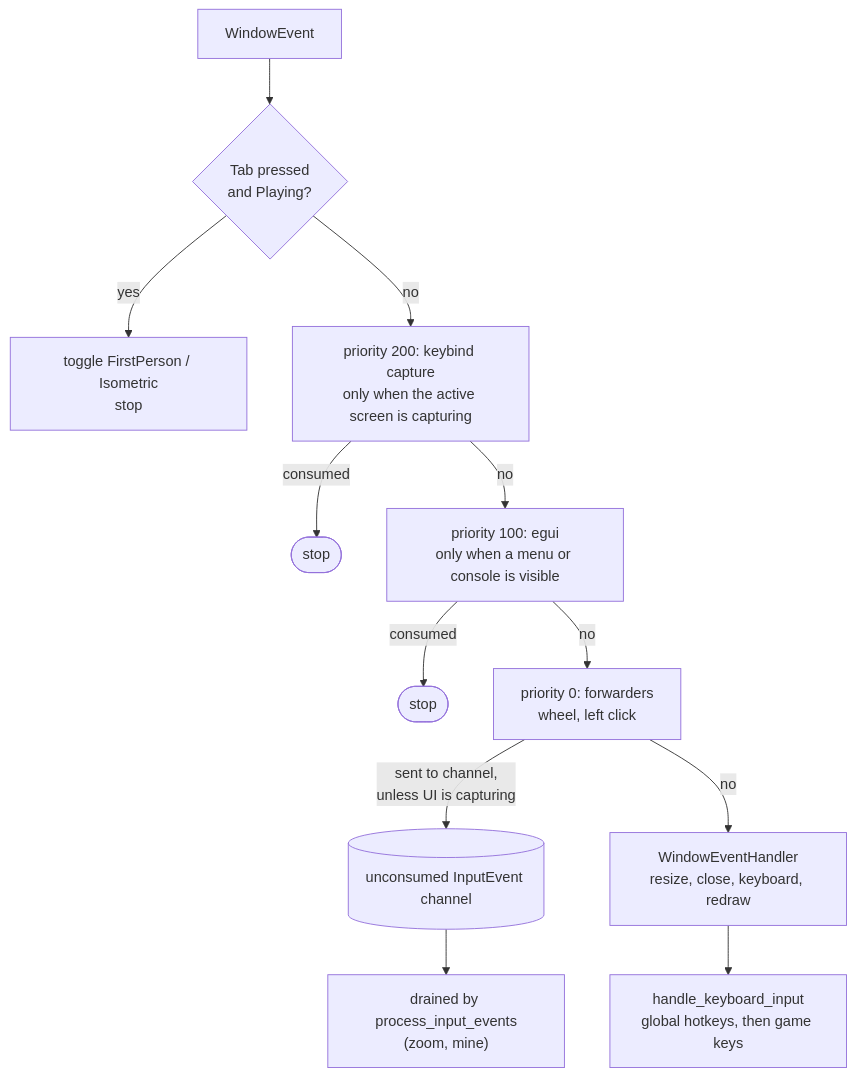
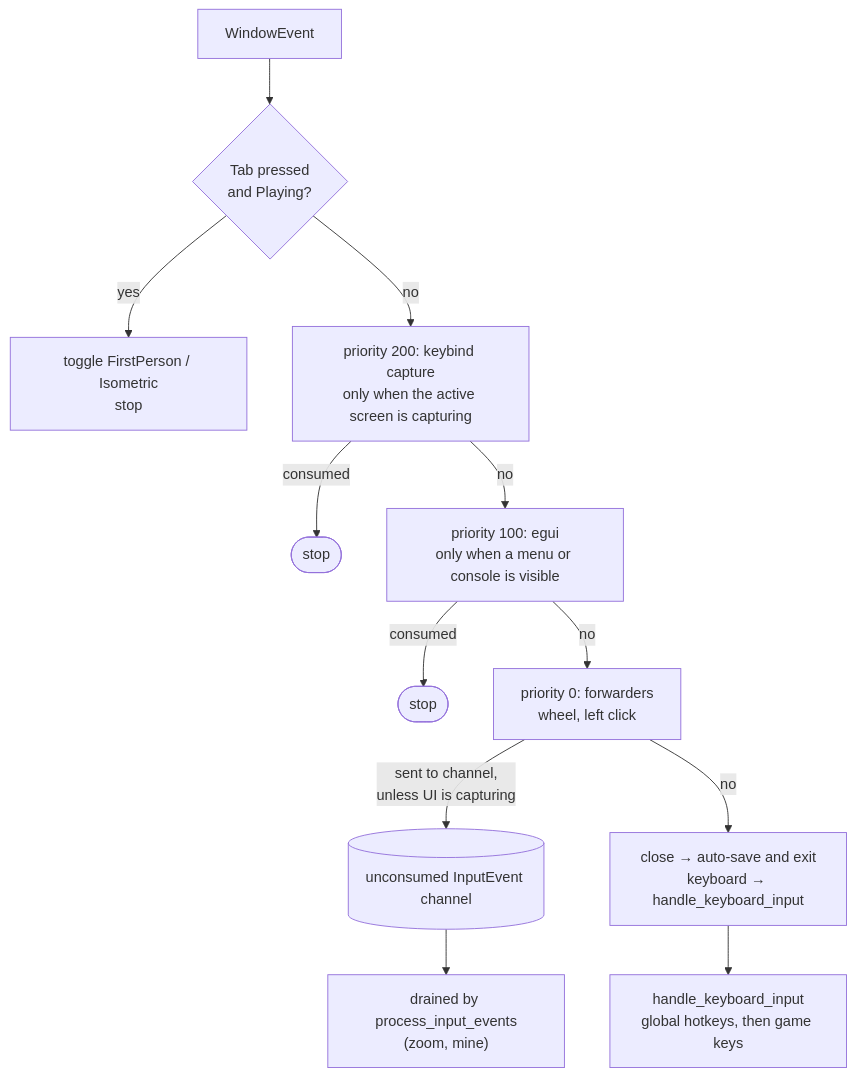
The first of 2 diagrams in wiki/architecture/input-and-state.md (WrackedFella/moho), drawn with Mermaid before and after one commit. The commit also changed other lines of this file and 28 other files, not shown here.

````diff
--- a/wiki/architecture/input-and-state.md
+++ b/wiki/architecture/input-and-state.md
@@ -12,14 +12,14 @@
 ```mermaid
 flowchart TD
     ev["WindowEvent"] --> tab{"Tab pressed<br/>and Playing?"}
     tab -- yes --> cam["toggle FirstPerson / Isometric<br/>stop"]
     tab -- no --> d200["priority 200: keybind capture<br/>only when the active screen is capturing"]
     d200 -- consumed --> stop1(["stop"])
     d200 -- no --> d100["priority 100: egui<br/>only when a menu or console is visible"]
     d100 -- consumed --> stop2(["stop"])
     d100 -- no --> d0["priority 0: forwarders<br/>wheel, left click"]
     d0 -- "sent to channel,<br/>unless UI is capturing" --> chan[("unconsumed InputEvent channel")]
-    d0 -- no --> weh["WindowEventHandler<br/>resize, close, keyboard, redraw"]
+    d0 -- no --> weh["close → auto-save and exit<br/>keyboard → handle_keyboard_input"]
     chan --> drain["drained by process_input_events<br/>(zoom, mine)"]
     weh --> hot["handle_keyboard_input<br/>global hotkeys, then game keys"]
 ```
````
